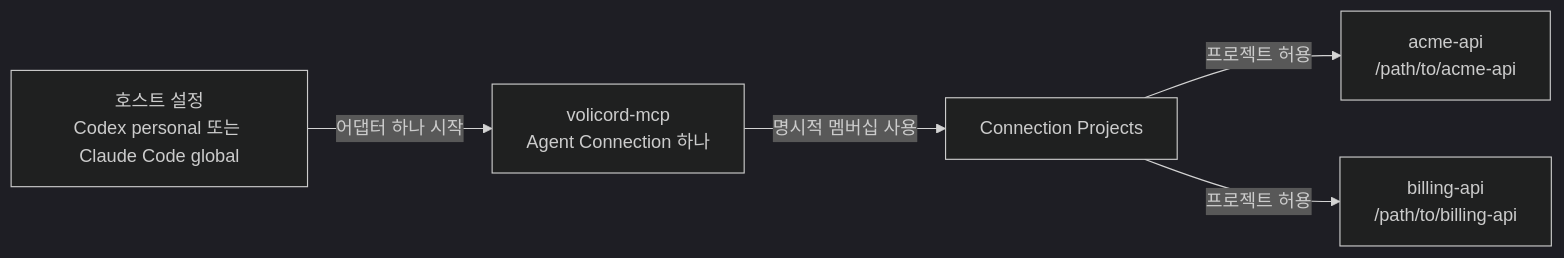
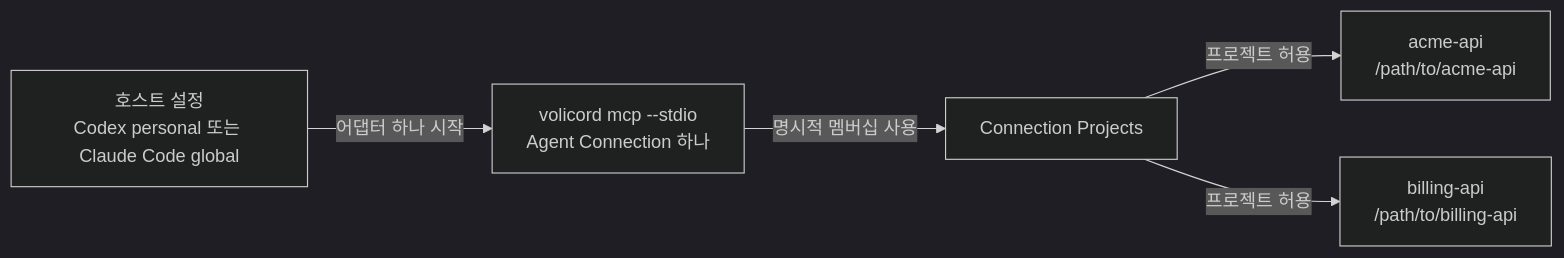
Before and after one commit to minjungw00/Harness_Project: the diagram in docs/ko/guides/multi-repository-agent-setup.md, drawn with Mermaid (dark theme). The commit also changed other lines of this file and 67 other files, not shown here.

````diff
--- a/docs/ko/guides/multi-repository-agent-setup.md
+++ b/docs/ko/guides/multi-repository-agent-setup.md
@@ -17,13 +17,13 @@
 ```mermaid
 flowchart LR
   host["호스트 설정\nCodex personal 또는 Claude Code global"]
-  mcp["volicord-mcp\nAgent Connection 하나"]
+  mcp["volicord mcp --stdio\nAgent Connection 하나"]
   memberships["Connection Projects"]
   a["acme-api\n/path/to/acme-api"]
   b["billing-api\n/path/to/billing-api"]
 
   host -- "어댑터 하나 시작" --> mcp
   mcp -- "명시적 멤버십 사용" --> memberships
   memberships -- "프로젝트 허용" --> a
   memberships -- "프로젝트 허용" --> b
 ```
````
